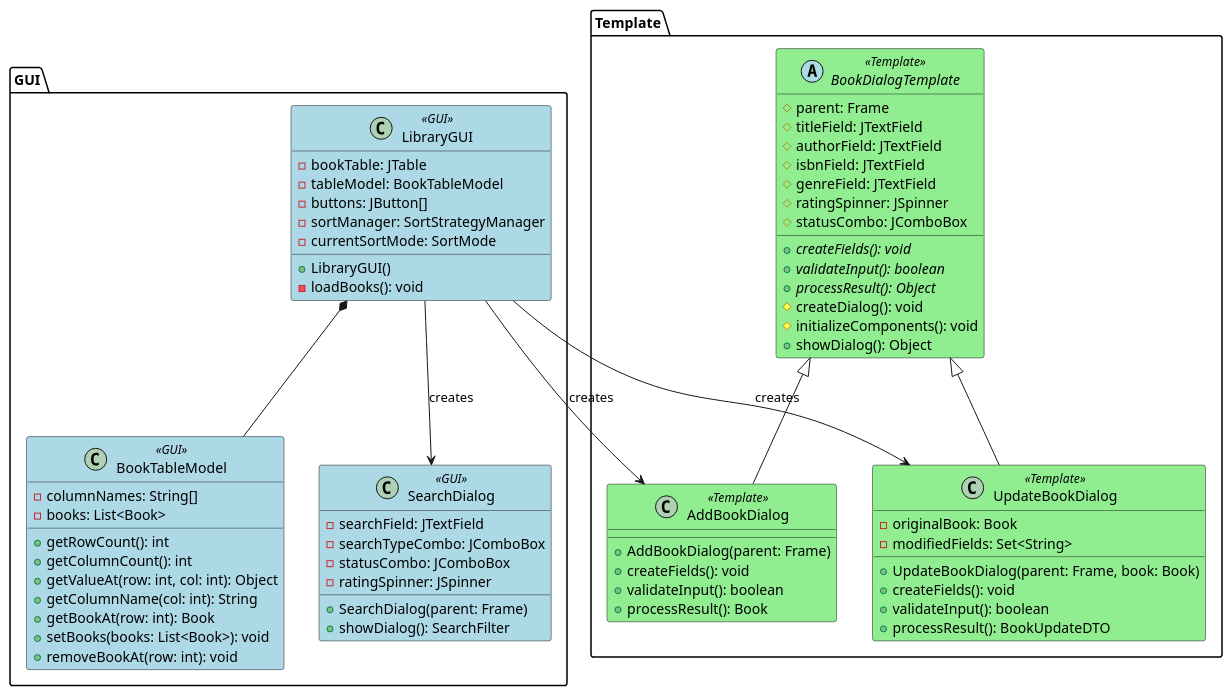
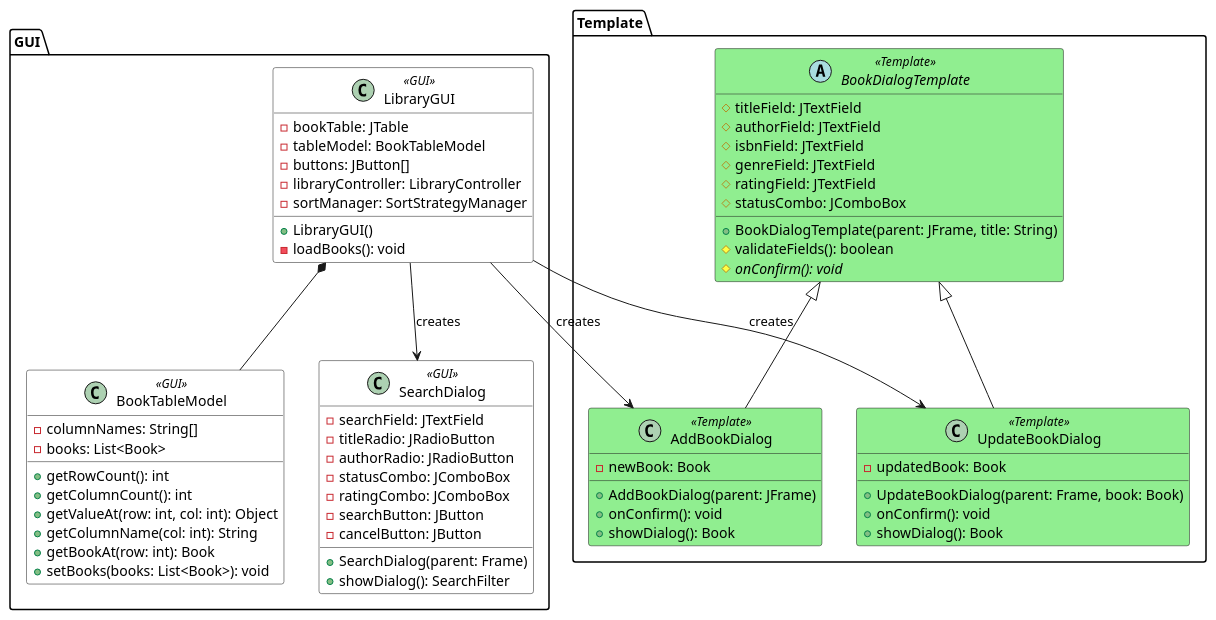
One commit to CaputoCristian/LibreriaPersonale changed the diagram in src/UML/Component/GUIComponentDiagram.puml. Above: the diagram before and after it, drawn with PlantUML. The commit also changed 16 other files, not shown here.

Commit message:
Eliminazione codice commentato, aggiornamento schemi UML

```diff
--- a/src/UML/Component/GUIComponentDiagram.puml
+++ b/src/UML/Component/GUIComponentDiagram.puml
@@ -1,87 +1,83 @@
 @startuml GUI and Template Component Diagram
 
 skinparam class {
-    BackgroundColor<<GUI>> LightBlue
+    BackgroundColor <<GUI>> LightBlue
     BackgroundColor<<Template>> LightGreen
 }
 
 package "GUI" {
     class LibraryGUI <<GUI>> {
         - bookTable: JTable
         - tableModel: BookTableModel
         - buttons: JButton[]
+        - libraryController: LibraryController
         - sortManager: SortStrategyManager
-        - currentSortMode: SortMode
         + LibraryGUI()
         - loadBooks(): void
     }
 
     class BookTableModel <<GUI>> {
         - columnNames: String[]
         - books: List<Book>
         + getRowCount(): int
         + getColumnCount(): int
         + getValueAt(row: int, col: int): Object
         + getColumnName(col: int): String
         + getBookAt(row: int): Book
         + setBooks(books: List<Book>): void
-        + removeBookAt(row: int): void
     }
 
     class SearchDialog <<GUI>> {
         - searchField: JTextField
-        - searchTypeCombo: JComboBox
+        - titleRadio: JRadioButton
+        - authorRadio: JRadioButton
         - statusCombo: JComboBox
-        - ratingSpinner: JSpinner
+        - ratingCombo: JComboBox
+        - searchButton: JButton
+        - cancelButton: JButton
         + SearchDialog(parent: Frame)
         + showDialog(): SearchFilter
     }
 }
 
 package "Template" {
     abstract class BookDialogTemplate <<Template>> {
-        # parent: Frame
         # titleField: JTextField
         # authorField: JTextField
         # isbnField: JTextField
         # genreField: JTextField
-        # ratingSpinner: JSpinner
+        # ratingField: JTextField
         # statusCombo: JComboBox
-        + {abstract} createFields(): void
-        + {abstract} validateInput(): boolean
-        + {abstract} processResult(): Object
-        # createDialog(): void
-        # initializeComponents(): void
-        + showDialog(): Object
+        + BookDialogTemplate(parent: JFrame, title: String)
+        # validateFields(): boolean
+        # {abstract} onConfirm(): void
     }
 
     class AddBookDialog <<Template>> {
-        + AddBookDialog(parent: Frame)
-        + createFields(): void
-        + validateInput(): boolean
-        + processResult(): Book
+        - newBook: Book
+        + AddBookDialog(parent: JFrame)
+        + onConfirm(): void
+        + showDialog(): Book
     }
 
     class UpdateBookDialog <<Template>> {
-        - originalBook: Book
-        - modifiedFields: Set<String>
+        - updatedBook: Book
         + UpdateBookDialog(parent: Frame, book: Book)
-        + createFields(): void
-        + validateInput(): boolean
-        + processResult(): BookUpdateDTO
+        + onConfirm(): void
+        + showDialog(): Book
     }
 }
 
 ' Relazioni interne GUI
 LibraryGUI *-- BookTableModel
 LibraryGUI --> SearchDialog : creates
 
 ' Relazioni Template
 BookDialogTemplate <|-- AddBookDialog
 BookDialogTemplate <|-- UpdateBookDialog
 
 ' Relazioni tra GUI e Template
 LibraryGUI --> AddBookDialog : creates
 LibraryGUI --> UpdateBookDialog : creates
 
 @enduml
```
